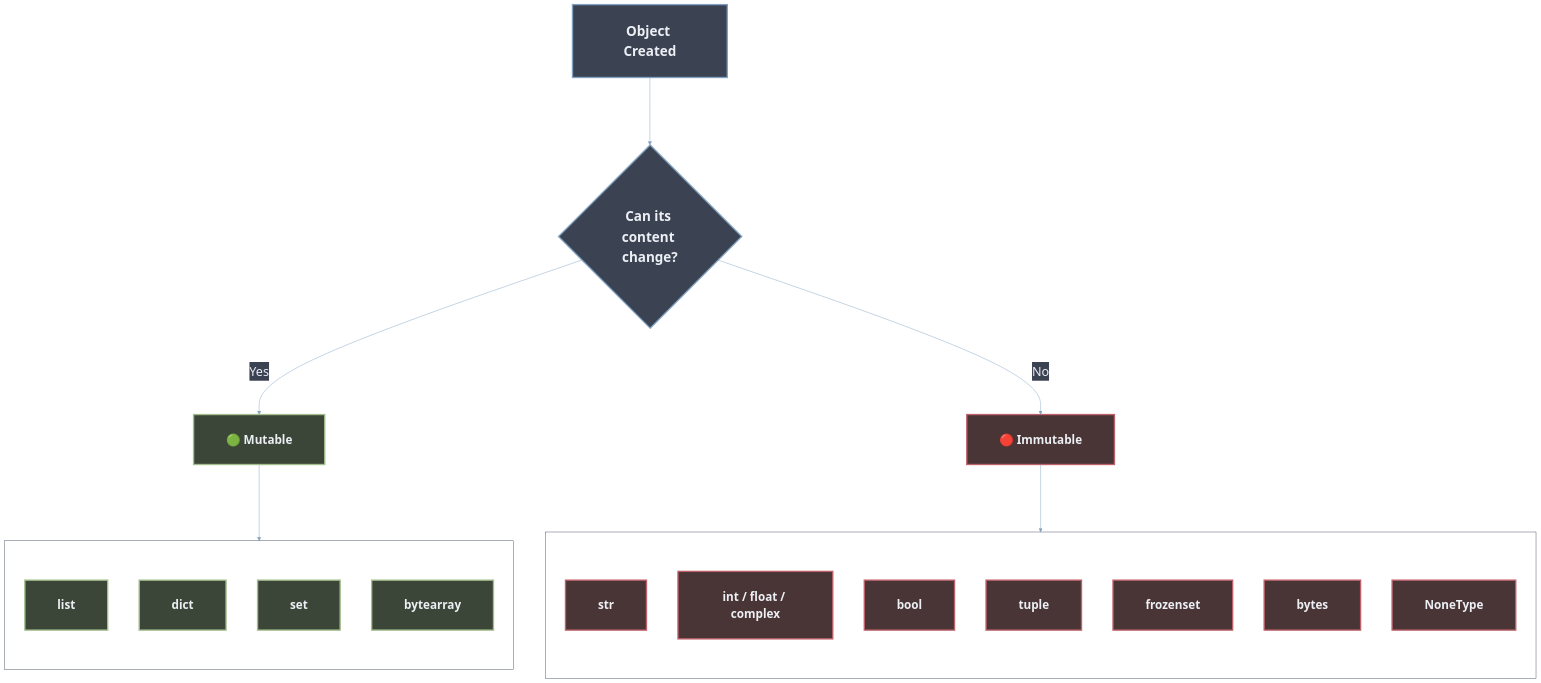
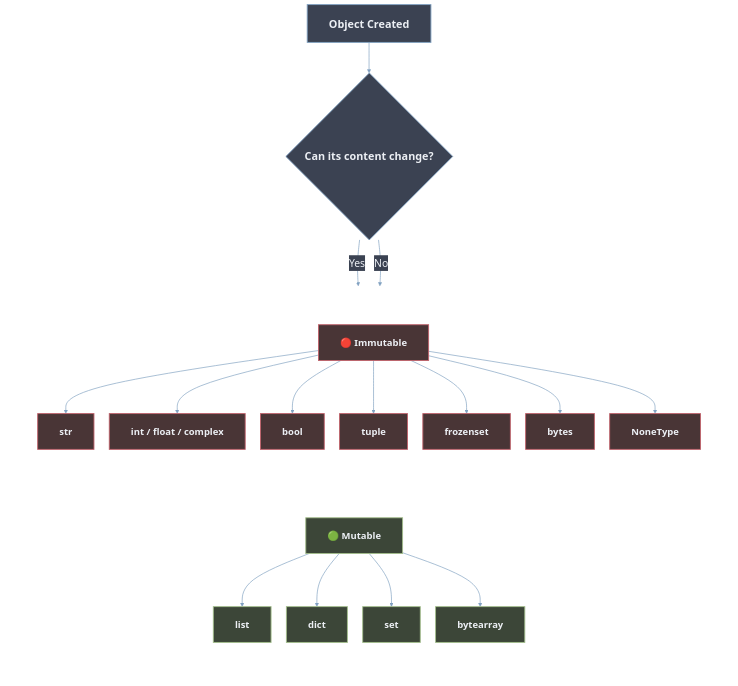
One commit to maliksiddiq/learning-agentic-ai changed the eighth of 9 diagrams in 01_ Python_For_ Agentic_ Ai/01 Data types/Readme.md. Above: the diagram before and after it, drawn with Mermaid. The commit also changed other lines of this file, not shown here.

````diff
--- a/01_ Python_For_ Agentic_ Ai/01 Data types/Readme.md
+++ b/01_ Python_For_ Agentic_ Ai/01 Data types/Readme.md
@@ -632,38 +681,42 @@
 ```mermaid
-%%{init: {'theme': 'base', 'themeVariables': {'background': '#2E3440', 'primaryColor': '#3B4252', 'primaryTextColor': '#ECEFF4', 'primaryBorderColor': '#81A1C1', 'lineColor': '#81A1C1', 'edgeLabelBackground': '#3B4252', 'fontSize': '28px', 'fontFamily': 'Segoe UI, Arial, sans-serif'}, 'flowchart': {'useMaxWidth': false, 'htmlLabels': true, 'nodeSpacing': 70, 'rankSpacing': 150, 'curve': 'basis', 'padding': 36}} }%%
-flowchart TD
+%%{init: {'theme': 'base', 'themeVariables': {'background': '#2E3440', 'primaryColor': '#3B4252', 'primaryTextColor': '#ECEFF4', 'primaryBorderColor': '#81A1C1', 'lineColor': '#81A1C1', 'edgeLabelBackground': '#3B4252', 'fontSize': '23px', 'fontFamily': 'Segoe UI, Arial, sans-serif'}, 'flowchart': {'useMaxWidth': true, 'htmlLabels': true, 'wrappingWidth': 500, 'nodeSpacing': 34, 'rankSpacing': 68, 'curve': 'basis', 'padding': 24}} }%%
+flowchart TB
     A["Object Created"] --> B{"Can its content change?"}
-    B -->|Yes| M["🟢 Mutable"]
-    B -->|No| I["🔴 Immutable"]
 
-    subgraph MUTG[ ]
-    direction TB
-        M1["list"]
-        M2["dict"]
-        M3["set"]
-        M4["bytearray"]
+    subgraph ROWMI[ ]
+    direction LR
+        subgraph G_MUT[ ]
+        direction TB
+            M["🟢 Mutable"]
+            M --> M1["list"]
+            M --> M2["dict"]
+            M --> M3["set"]
+            M --> M4["bytearray"]
+        end
+        subgraph G_IMM[ ]
+        direction TB
+            I["🔴 Immutable"]
+            I --> I1["str"]
+            I --> I2["int / float / complex"]
+            I --> I3["bool"]
+            I --> I4["tuple"]
+            I --> I5["frozenset"]
+            I --> I6["bytes"]
+            I --> I7["NoneType"]
+        end
     end
 
-    subgraph IMMG[ ]
-    direction TB
-        I1["str"]
-        I2["int / float / complex"]
-        I3["bool"]
-        I4["tuple"]
-        I5["frozenset"]
-        I6["bytes"]
-        I7["NoneType"]
-    end
+    B -->|"Yes"| M
+    B -->|"No"| I
 
-    M --> MUTG
-    I --> IMMG
-
-    classDef decision fill:#3B4252,color:#ECEFF4,stroke:#81A1C1,stroke-width:3px,font-weight:bold,font-size:30px
-    classDef mut fill:#3C4638,color:#ECEFF4,stroke:#A3BE8C,stroke-width:3px,font-weight:bold,font-size:26px
-    classDef imm fill:#493536,color:#ECEFF4,stroke:#BF616A,stroke-width:3px,font-weight:bold,font-size:26px
-    classDef grp fill:transparent,stroke:#434C5E,stroke-width:1px
+    classDef decision fill:#3B4252,color:#ECEFF4,stroke:#81A1C1,stroke-width:2px,font-weight:bold,font-size:24px
+    classDef mut fill:#3C4638,color:#ECEFF4,stroke:#A3BE8C,stroke-width:2px,font-weight:bold,font-size:21px
+    classDef imm fill:#493536,color:#ECEFF4,stroke:#BF616A,stroke-width:2px,font-weight:bold,font-size:21px
+    classDef grp fill:transparent,stroke:transparent
     class A,B decision
     class M,M1,M2,M3,M4 mut
     class I,I1,I2,I3,I4,I5,I6,I7 imm
-    class MUTG,IMMG grp
+    class ROWMI,G_MUT,G_IMM grp
+
+    linkStyle default stroke:#81A1C1,stroke-width:1.5px
 ```
````
